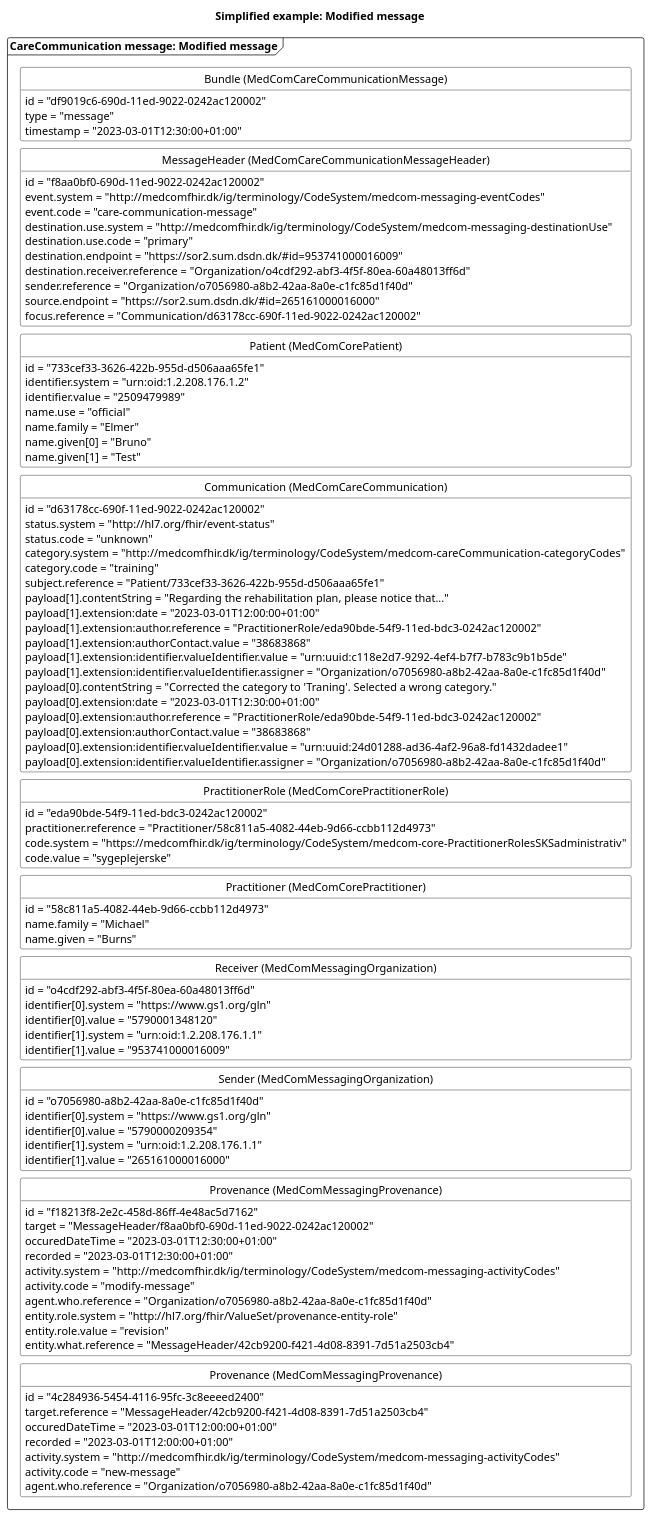
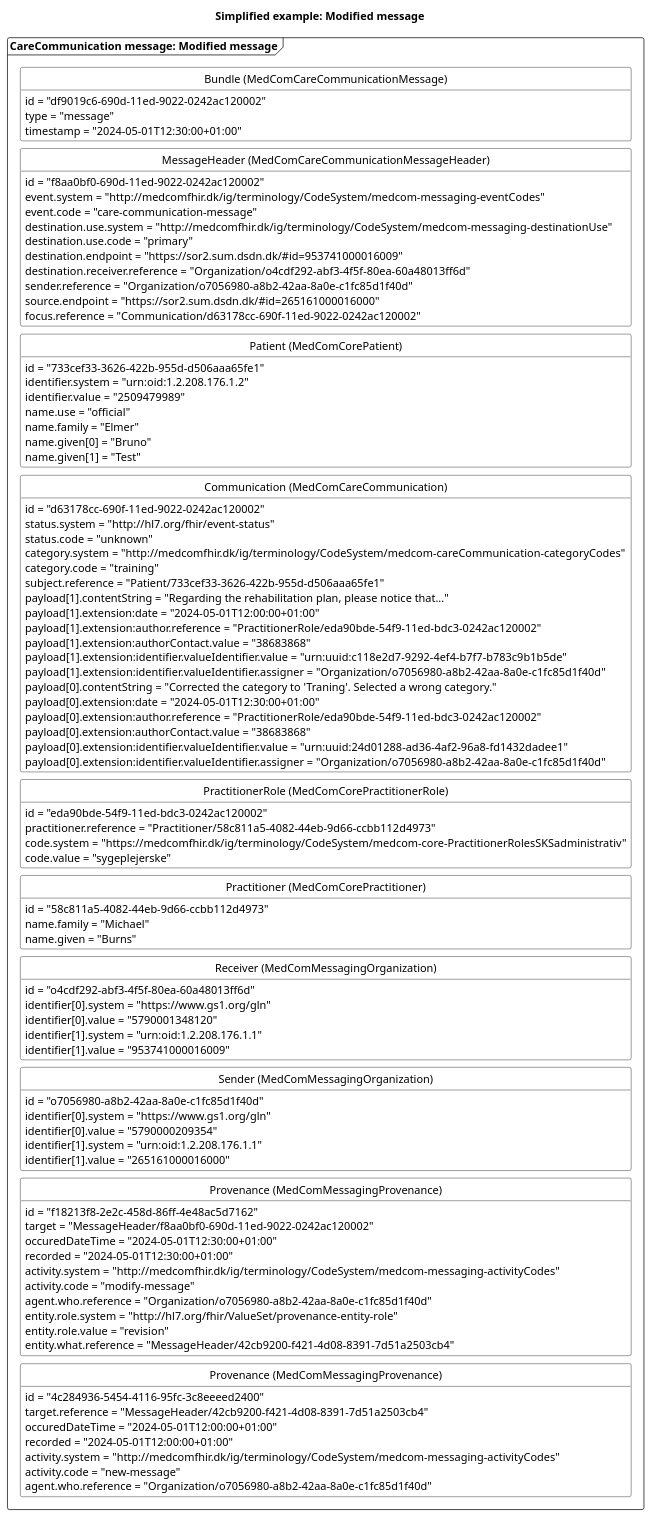
The diagram in puml/CareCommunicationNewMessageModify.puml (medcomdk/dk-medcom-carecommunication), drawn with PlantUML before and after one commit. The commit also changed 20 other files, not shown here.

```diff
--- a/puml/CareCommunicationNewMessageModify.puml
+++ b/puml/CareCommunicationNewMessageModify.puml
@@ -1,124 +1,124 @@
 @startuml CCmodifyMessage
 
 'layout
 skinparam class {
     BackgroundColor White
     BorderColor Black
     ArrowColor Black
   }
 hide circle
 hide empty members
 skinparam SameClassWidth true
 skinparam Ranksep 10
 
 
 'title
 title Simplified example: Modified message
 
 'Message 1: modify message
 package "CareCommunication message: Modified message" as modify <<Frame>>{
     class "Bundle (MedComCareCommunicationMessage)" as modifyB {
         id = "df9019c6-690d-11ed-9022-0242ac120002"
         type = "message"
-        timestamp = "2023-03-01T12:30:00+01:00"
+        timestamp = "2024-05-01T12:30:00+01:00"
     }
     class "MessageHeader (MedComCareCommunicationMessageHeader)" as modifyMH{
         id = "f8aa0bf0-690d-11ed-9022-0242ac120002"
         event.system = "http://medcomfhir.dk/ig/terminology/CodeSystem/medcom-messaging-eventCodes"
         event.code = "care-communication-message"
         destination.use.system = "http://medcomfhir.dk/ig/terminology/CodeSystem/medcom-messaging-destinationUse"
         destination.use.code = "primary"
         destination.endpoint = "https://sor2.sum.dsdn.dk/#id=953741000016009"
         destination.receiver.reference = "Organization/o4cdf292-abf3-4f5f-80ea-60a48013ff6d"
         sender.reference = "Organization/o7056980-a8b2-42aa-8a0e-c1fc85d1f40d"
         source.endpoint = "https://sor2.sum.dsdn.dk/#id=265161000016000"
         focus.reference = "Communication/d63178cc-690f-11ed-9022-0242ac120002"
     }
     class "Patient (MedComCorePatient)" as modifyPT{
         id = "733cef33-3626-422b-955d-d506aaa65fe1"
         identifier.system = "urn:oid:1.2.208.176.1.2"
         identifier.value = "2509479989"
         name.use = "official"
         name.family = "Elmer"
         name.given[0] = "Bruno"
         name.given[1] = "Test"
     }
     class "Communication (MedComCareCommunication)" as newCom{
         id = "d63178cc-690f-11ed-9022-0242ac120002"
         status.system = "http://hl7.org/fhir/event-status" 
         status.code = "unknown"
         category.system = "http://medcomfhir.dk/ig/terminology/CodeSystem/medcom-careCommunication-categoryCodes"
         category.code = "training"
         subject.reference = "Patient/733cef33-3626-422b-955d-d506aaa65fe1"
         payload[1].contentString = "Regarding the rehabilitation plan, please notice that..."
-        payload[1].extension:date = "2023-03-01T12:00:00+01:00"
+        payload[1].extension:date = "2024-05-01T12:00:00+01:00"
         payload[1].extension:author.reference = "PractitionerRole/eda90bde-54f9-11ed-bdc3-0242ac120002"
         payload[1].extension:authorContact.value = "38683868"
         payload[1].extension:identifier.valueIdentifier.value = "urn:uuid:c118e2d7-9292-4ef4-b7f7-b783c9b1b5de"
         payload[1].extension:identifier.valueIdentifier.assigner = "Organization/o7056980-a8b2-42aa-8a0e-c1fc85d1f40d"
         payload[0].contentString = "Corrected the category to 'Traning'. Selected a wrong category."
-        payload[0].extension:date = "2023-03-01T12:30:00+01:00"
+        payload[0].extension:date = "2024-05-01T12:30:00+01:00"
         payload[0].extension:author.reference = "PractitionerRole/eda90bde-54f9-11ed-bdc3-0242ac120002"
         payload[0].extension:authorContact.value = "38683868"
         payload[0].extension:identifier.valueIdentifier.value = "urn:uuid:24d01288-ad36-4af2-96a8-fd1432dadee1"
         payload[0].extension:identifier.valueIdentifier.assigner = "Organization/o7056980-a8b2-42aa-8a0e-c1fc85d1f40d"
     }
     class "PractitionerRole (MedComCorePractitionerRole)" as modifyPracR{
         id = "eda90bde-54f9-11ed-bdc3-0242ac120002"
         practitioner.reference = "Practitioner/58c811a5-4082-44eb-9d66-ccbb112d4973"
         code.system = "https://medcomfhir.dk/ig/terminology/CodeSystem/medcom-core-PractitionerRolesSKSadministrativ"
         code.value = "sygeplejerske"
     }
     class "Practitioner (MedComCorePractitioner)" as modifyPrac{
         id = "58c811a5-4082-44eb-9d66-ccbb112d4973"
         name.family = "Michael"
         name.given = "Burns"
     }
     class "Receiver (MedComMessagingOrganization)" as modifyROrg{
         id = "o4cdf292-abf3-4f5f-80ea-60a48013ff6d"
         identifier[0].system = "https://www.gs1.org/gln"
         identifier[0].value = "5790001348120"
         identifier[1].system = "urn:oid:1.2.208.176.1.1"
         identifier[1].value = "953741000016009"
     }
     class "Sender (MedComMessagingOrganization)" as modifySOrg{
         id = "o7056980-a8b2-42aa-8a0e-c1fc85d1f40d"
         identifier[0].system = "https://www.gs1.org/gln"
         identifier[0].value = "5790000209354"
         identifier[1].system = "urn:oid:1.2.208.176.1.1"
         identifier[1].value = "265161000016000"
     }
     class "Provenance (MedComMessagingProvenance)" as modifyPRO{
         id = "f18213f8-2e2c-458d-86ff-4e48ac5d7162"
         target = "MessageHeader/f8aa0bf0-690d-11ed-9022-0242ac120002"
-        occuredDateTime = "2023-03-01T12:30:00+01:00"
-        recorded = "2023-03-01T12:30:00+01:00"
+        occuredDateTime = "2024-05-01T12:30:00+01:00"
+        recorded = "2024-05-01T12:30:00+01:00"
         activity.system = "http://medcomfhir.dk/ig/terminology/CodeSystem/medcom-messaging-activityCodes"
         activity.code = "modify-message"
         agent.who.reference = "Organization/o7056980-a8b2-42aa-8a0e-c1fc85d1f40d"
         entity.role.system = "http://hl7.org/fhir/ValueSet/provenance-entity-role"
         entity.role.value = "revision"
         entity.what.reference = "MessageHeader/42cb9200-f421-4d08-8391-7d51a2503cb4"
     }
     class "Provenance (MedComMessagingProvenance)" as newPRO{
         id = "4c284936-5454-4116-95fc-3c8eeeed2400"
         target.reference = "MessageHeader/42cb9200-f421-4d08-8391-7d51a2503cb4"
-        occuredDateTime = "2023-03-01T12:00:00+01:00"
-        recorded = "2023-03-01T12:00:00+01:00"
+        occuredDateTime = "2024-05-01T12:00:00+01:00"
+        recorded = "2024-05-01T12:00:00+01:00"
         activity.system = "http://medcomfhir.dk/ig/terminology/CodeSystem/medcom-messaging-activityCodes"
         activity.code = "new-message"
         agent.who.reference = "Organization/o7056980-a8b2-42aa-8a0e-c1fc85d1f40d"
     }
 
 modifyB -[hidden]- modifyMH
 modifyMH -[hidden]-modifyPT
 modifyPT-[hidden]-newCom
 newCom-[hidden]-modifyPracR
 modifyPracR-[hidden]-modifyPrac
 modifyPrac-[hidden]-modifyROrg
 modifyROrg-[hidden]- modifySOrg
 modifySOrg-[hidden]-modifyPRO
 modifyPRO-[hidden]-newPRO
 
 
 @enduml
```
